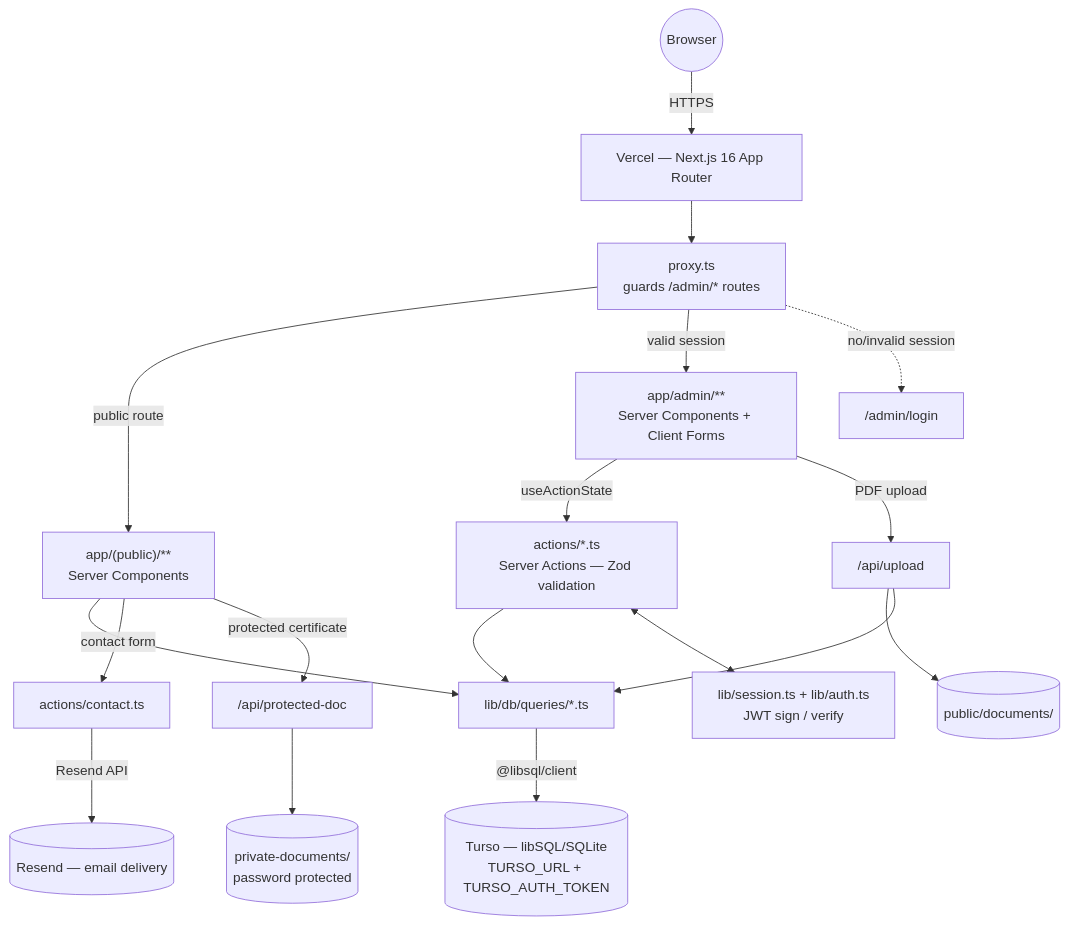
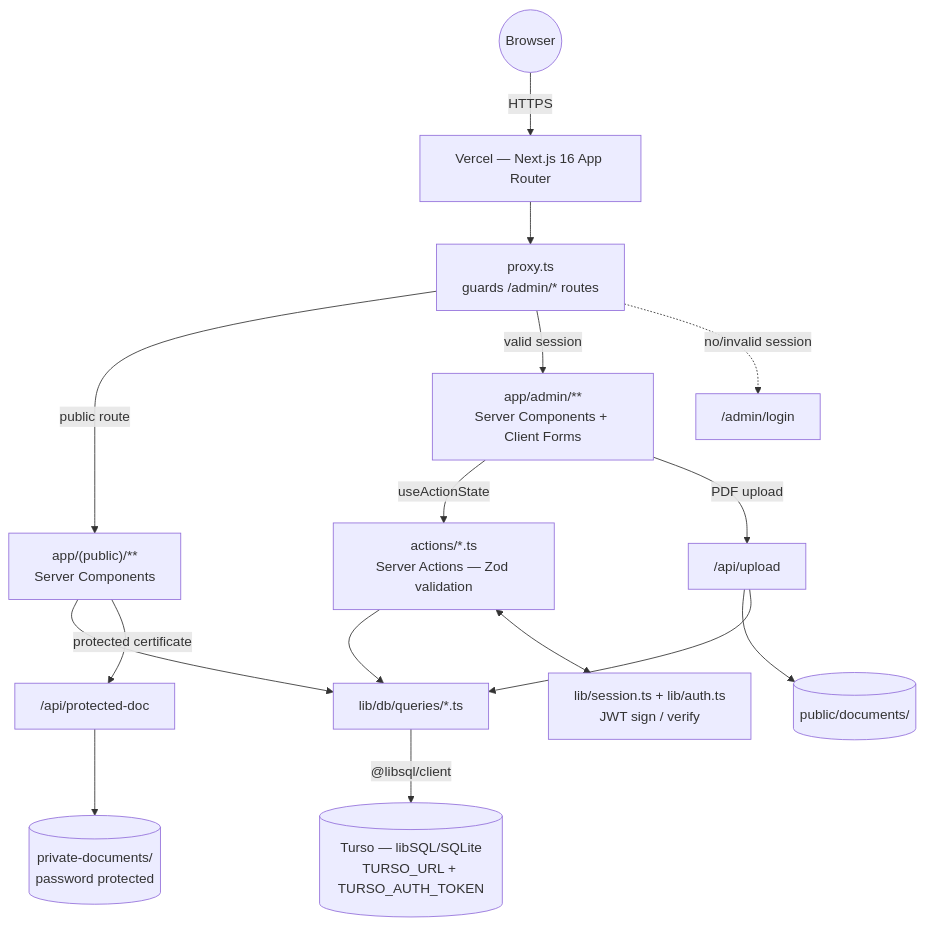
Before and after one commit to vsvala/portfolio: the diagram in README.md, drawn with Mermaid.

Commit message:
docs(readme): remove inactive contact form flow from architecture diagram
The contact form is built but not wired in (see "Enabling the Contact
Form"), so it isn't a real request path in this deployment. The
diagram was presenting it as live data flow, which overstated what's
actually running.

````diff
--- a/README.md
+++ b/README.md
@@ -14,26 +14,23 @@
 ```mermaid
 graph TD
     User(("Browser")) -->|HTTPS| Vercel["Vercel — Next.js 16 App Router"]
     Vercel --> Proxy["proxy.ts<br/>guards /admin/* routes"]
 
     Proxy -->|public route| PublicPages["app/(public)/**<br/>Server Components"]
     Proxy -->|valid session| AdminPages["app/admin/**<br/>Server Components + Client Forms"]
     Proxy -.->|no/invalid session| Login["/admin/login"]
 
     AdminPages -->|useActionState| Actions["actions/*.ts<br/>Server Actions — Zod validation"]
     PublicPages --> Queries
     Actions --> Queries["lib/db/queries/*.ts"]
     Actions <--> SessionLib["lib/session.ts + lib/auth.ts<br/>JWT sign / verify"]
 
     Queries -->|"@libsql/client"| Turso[("Turso — libSQL/SQLite<br/>TURSO_URL + TURSO_AUTH_TOKEN")]
 
     AdminPages -->|PDF upload| UploadAPI["/api/upload"]
     UploadAPI --> Documents[("public/documents/")]
     UploadAPI --> Queries
 
-    PublicPages -->|contact form| ContactAction["actions/contact.ts"]
-    ContactAction -->|"Resend API"| Resend[("Resend — email delivery")]
-
     PublicPages -->|protected certificate| ProtectedDoc["/api/protected-doc"]
     ProtectedDoc --> PrivateDocs[("private-documents/<br/>password protected")]
 ```
````
